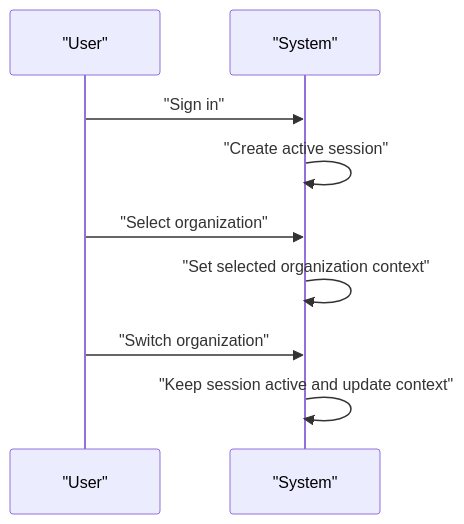
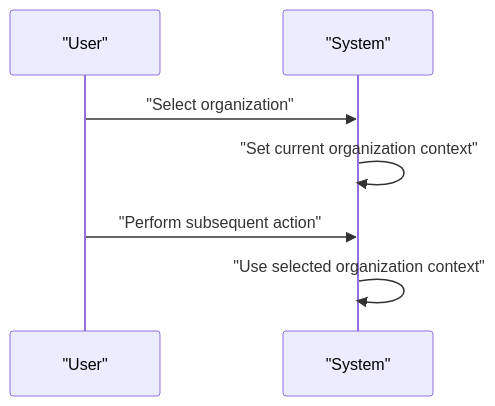
The fifth of 9 diagrams in openai/gpt-5.4-mini/erp/docs/analysis/01-actors-and-auth.md (wrtnlabs/autobe-examples), drawn with Mermaid before and after one commit. The commit also changed other lines of this file and 9017 other files, not shown here.

````diff
--- a/openai/gpt-5.4-mini/erp/docs/analysis/01-actors-and-auth.md
+++ b/openai/gpt-5.4-mini/erp/docs/analysis/01-actors-and-auth.md
@@ -172,11 +203,9 @@
 ```mermaid
 sequenceDiagram
     participant U as "User"
     participant S as "System"
-    U->>S: "Sign in"
-    S->>S: "Create active session"
     U->>S: "Select organization"
-    S->>S: "Set selected organization context"
-    U->>S: "Switch organization"
-    S->>S: "Keep session active and update context"
+    S->>S: "Set current organization context"
+    U->>S: "Perform subsequent action"
+    S->>S: "Use selected organization context"
 ```
````
